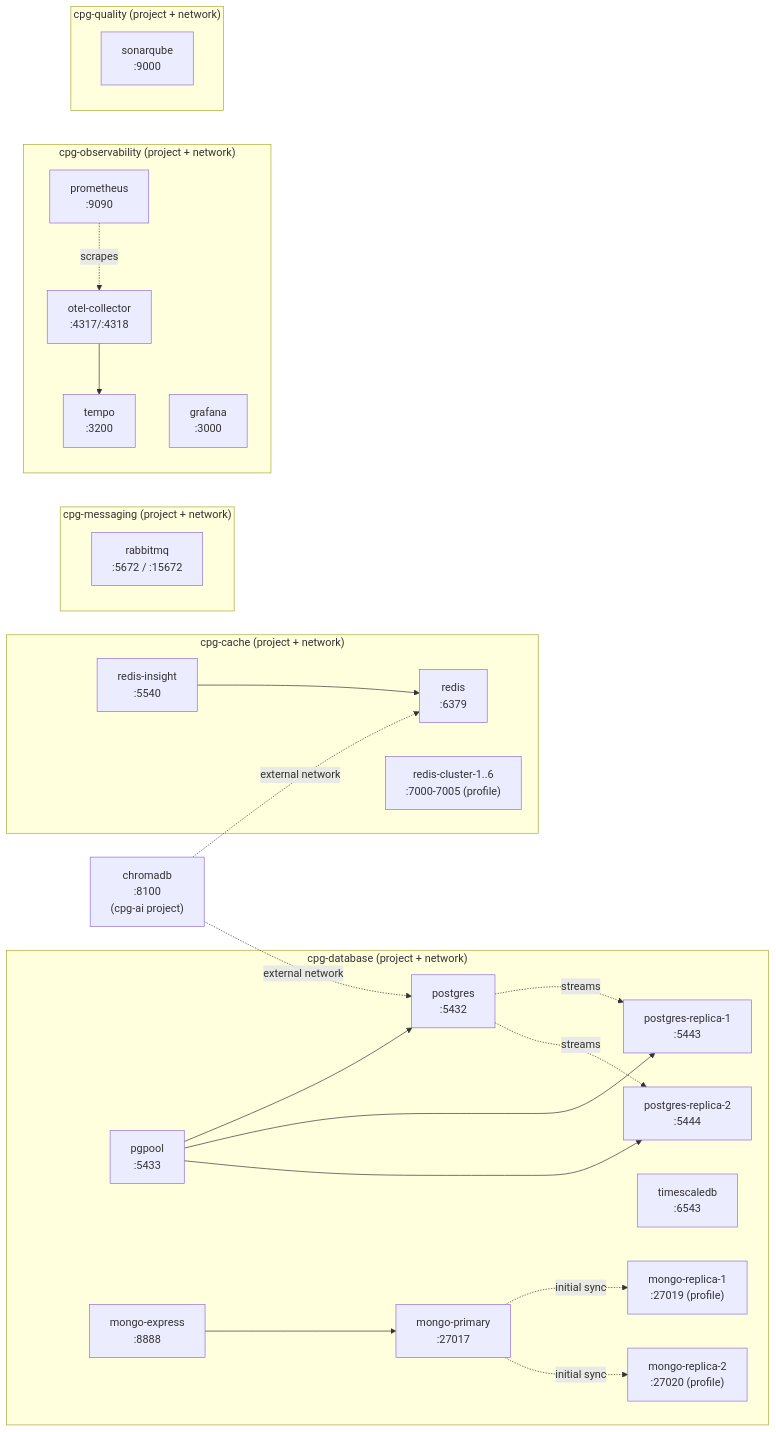
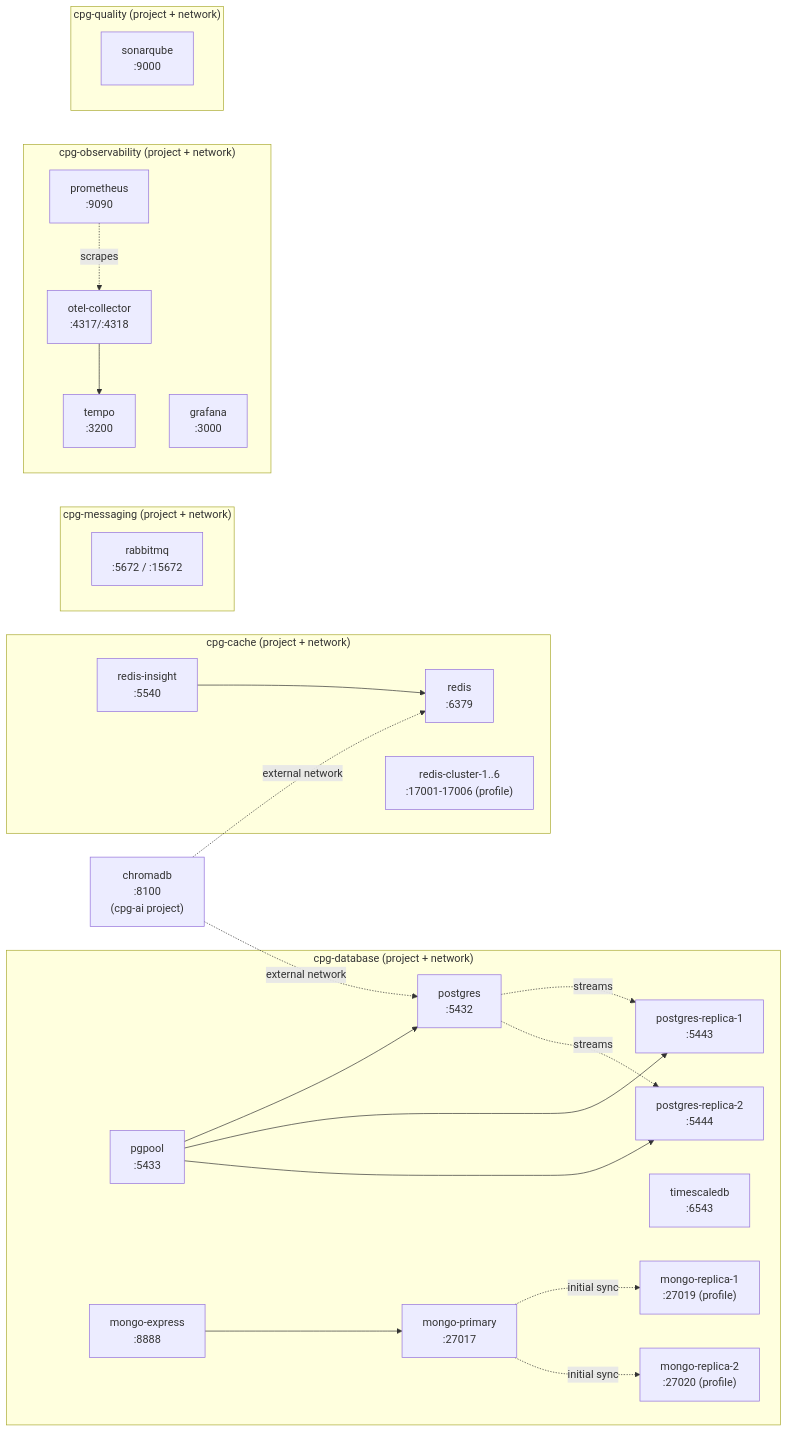
Before and after one commit to ndri-nr/cpg-cli: the diagram in README.md, drawn with Mermaid. The commit also changed other lines of this file and 3 other files, not shown here.

First line of the commit message:
fix: move the redis cluster off 7000-7005 (macOS AirPlay owns 7000)

````diff
--- a/README.md
+++ b/README.md
@@ -185,50 +185,50 @@
 ```mermaid
 flowchart LR
     subgraph database ["cpg-database (project + network)"]
         postgres[postgres<br/>:5432]
         replica1[postgres-replica-1<br/>:5443]
         replica2[postgres-replica-2<br/>:5444]
         pgpool[pgpool<br/>:5433]
         timescaledb[timescaledb<br/>:6543]
         mongoprimary[mongo-primary<br/>:27017]
         mongoreplica1["mongo-replica-1<br/>:27019 (profile)"]
         mongoreplica2["mongo-replica-2<br/>:27020 (profile)"]
         mongoexpress[mongo-express<br/>:8888]
         postgres -. streams .-> replica1
         postgres -. streams .-> replica2
         pgpool --> postgres
         pgpool --> replica1
         pgpool --> replica2
         mongoprimary -. "initial sync" .-> mongoreplica1
         mongoprimary -. "initial sync" .-> mongoreplica2
         mongoexpress --> mongoprimary
     end
 
     subgraph cache ["cpg-cache (project + network)"]
         redis[redis<br/>:6379]
         redisinsight[redis-insight<br/>:5540]
-        rediscluster["redis-cluster-1..6<br/>:7000-7005 (profile)"]
+        rediscluster["redis-cluster-1..6<br/>:17001-17006 (profile)"]
         redisinsight --> redis
     end
 
     subgraph messaging ["cpg-messaging (project + network)"]
         rabbitmq[rabbitmq<br/>:5672 / :15672]
     end
 
     subgraph observability ["cpg-observability (project + network)"]
         otel[otel-collector<br/>:4317/:4318]
         tempo[tempo<br/>:3200]
         prometheus[prometheus<br/>:9090]
         grafana[grafana<br/>:3000]
         otel --> tempo
         prometheus -.scrapes.-> otel
     end
 
     subgraph quality ["cpg-quality (project + network)"]
         sonarqube[sonarqube<br/>:9000]
     end
 
     chromadb["chromadb<br/>:8100<br/>(cpg-ai project)"]
     chromadb -. "external network" .-> postgres
     chromadb -. "external network" .-> redis
 ```
````
